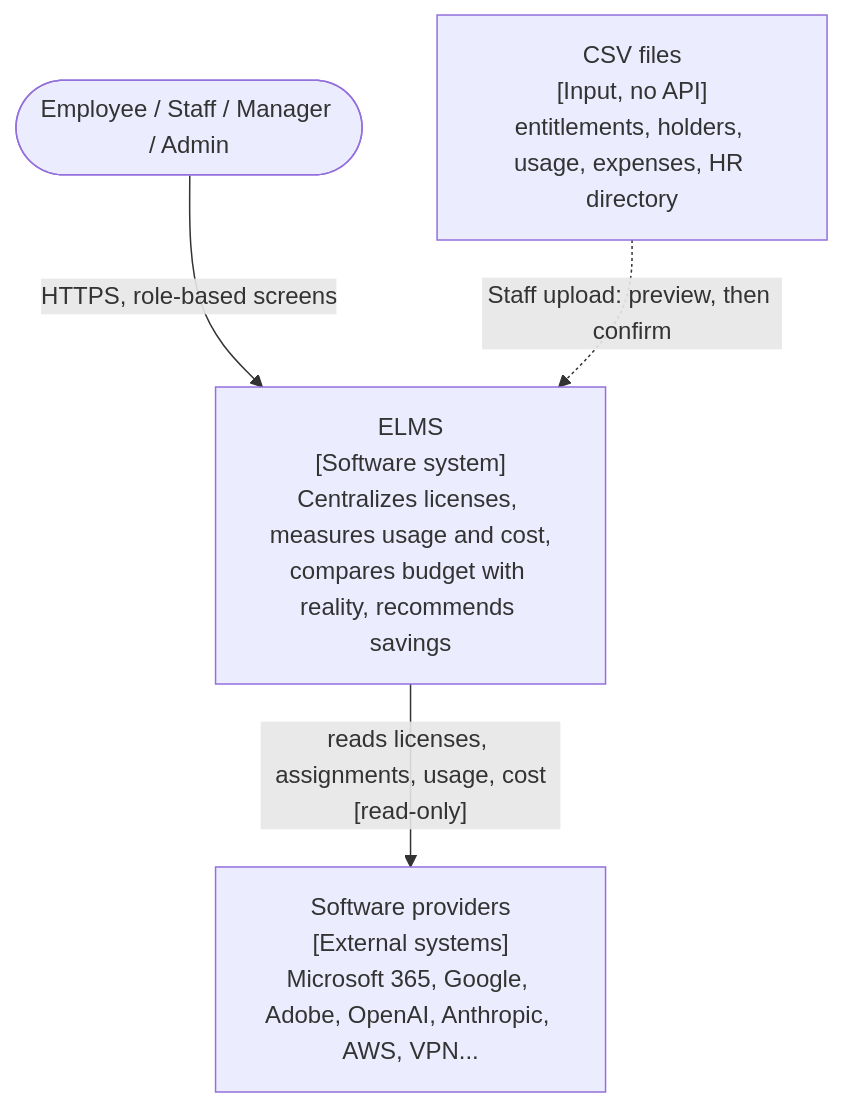
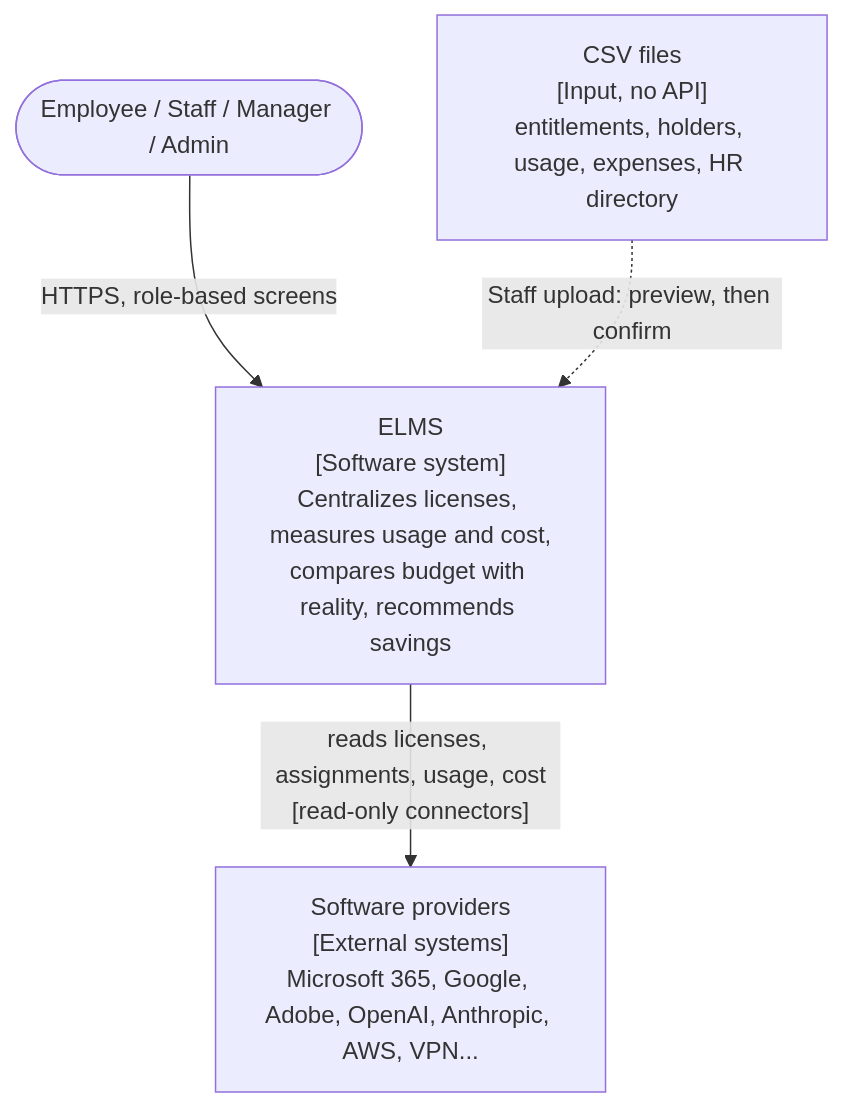
Before and after one commit to cuonglpv/VFast: the first of 2 diagrams in README.md, drawn with Mermaid. The commit also changed other lines of this file, not shown here.

Commit message:
docs: update README system context to mention connectors

````diff
--- a/README.md
+++ b/README.md
@@ -128,11 +128,11 @@
 ```mermaid
 flowchart TB
     users(["Employee / Staff / Manager / Admin"])
     elms["ELMS<br/>[Software system]<br/>Centralizes licenses, measures usage and cost,<br/>compares budget with reality, recommends savings"]
     providers["Software providers<br/>[External systems]<br/>Microsoft 365, Google, Adobe, OpenAI, Anthropic, AWS, VPN..."]
     files["CSV files<br/>[Input, no API]<br/>entitlements, holders, usage, expenses, HR directory"]
 
     users -- "HTTPS, role-based screens" --> elms
-    elms -- "reads licenses, assignments, usage, cost<br/>[read-only]" --> providers
+    elms -- "reads licenses, assignments, usage, cost<br/>[read-only connectors]" --> providers
     files -. "Staff upload: preview, then confirm" .-> elms
 ```
````
